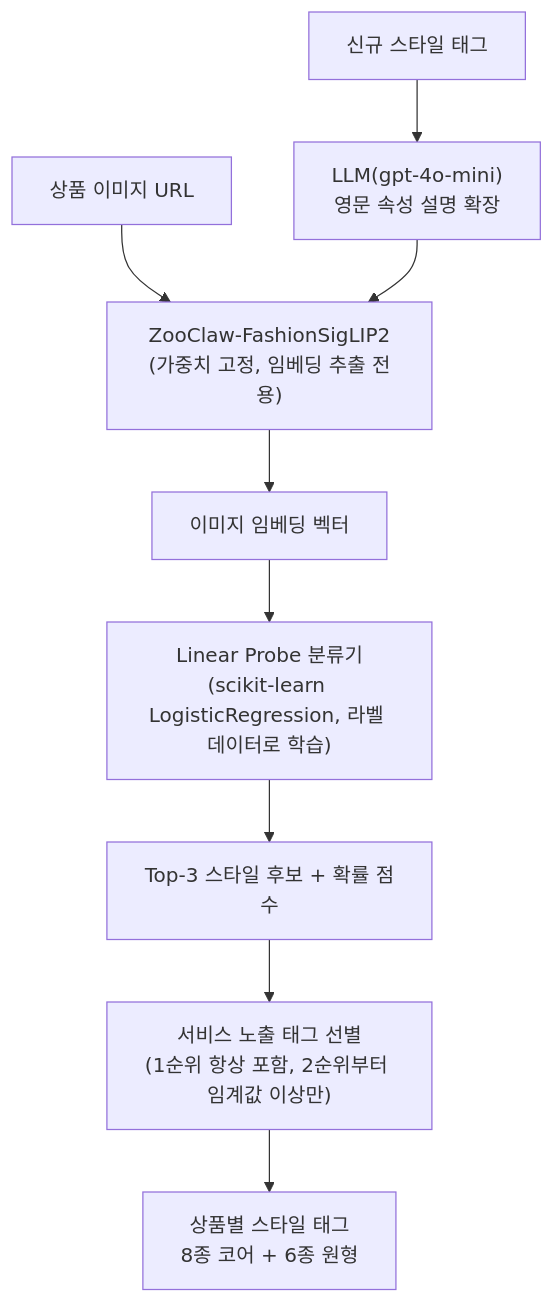
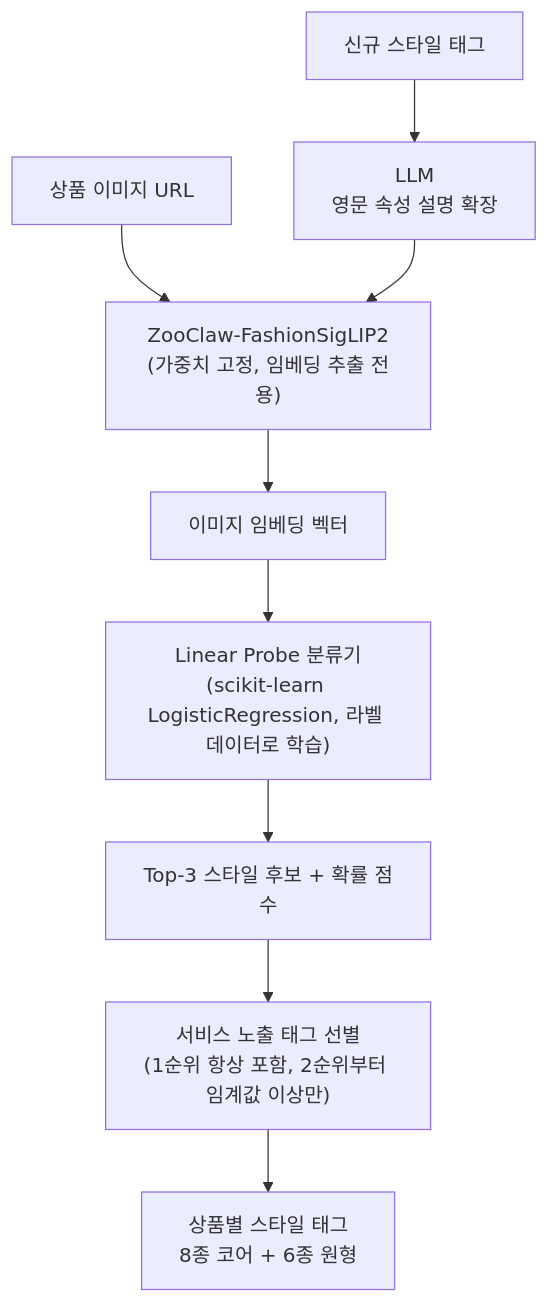
The fourth of 5 diagrams in README.md (feedit-official/feedit), drawn with Mermaid before and after one commit. The commit also changed other lines of this file, not shown here.

````diff
--- a/README.md
+++ b/README.md
@@ -208,12 +274,12 @@
 ```mermaid
 flowchart TD
     IMG[상품 이미지 URL] --> ZC["ZooClaw-FashionSigLIP2<br/>(가중치 고정, 임베딩 추출 전용)"]
     ZC --> EMB[이미지 임베딩 벡터]
     EMB --> PROBE["Linear Probe 분류기<br/>(scikit-learn LogisticRegression, 라벨 데이터로 학습)"]
     PROBE --> TOPK[Top-3 스타일 후보 + 확률 점수]
     TOPK --> SVC["서비스 노출 태그 선별<br/>(1순위 항상 포함, 2순위부터 임계값 이상만)"]
     SVC --> TAG[상품별 스타일 태그<br/>8종 코어 + 6종 원형]
 
-    NEW[신규 스타일 태그] --> LLM["LLM(gpt-4o-mini)<br/>영문 속성 설명 확장"]
+    NEW[신규 스타일 태그] --> LLM["LLM<br/>영문 속성 설명 확장"]
     LLM --> ZC
 ```
````
